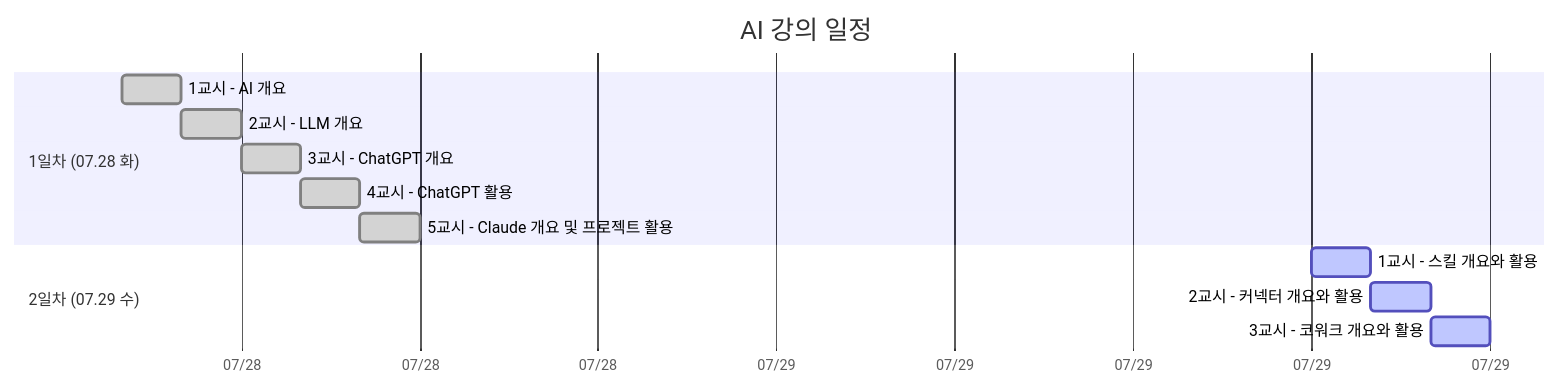
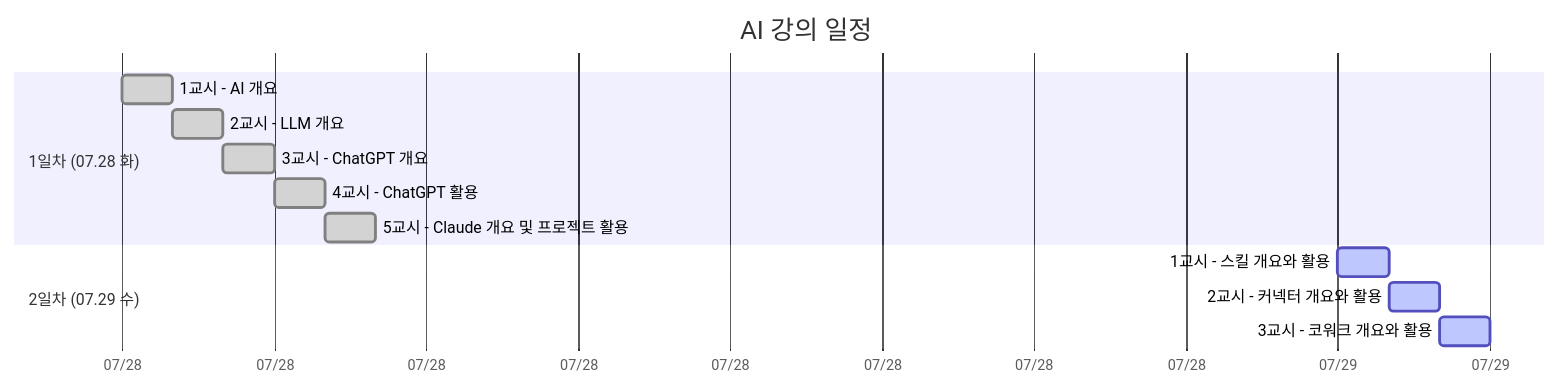
The first of 9 diagrams in README.md (soobook/2026-LLM), drawn with Mermaid before and after one commit.

````diff
--- a/README.md
+++ b/README.md
@@ -15,20 +15,19 @@
 ```mermaid
 gantt
     title AI 강의 일정
-    dateFormat YYYY-MM-DD-HH
+    dateFormat YYYY-MM-DD
     axisFormat %m/%d
-    tickInterval 12hour 
     excludes weekends
 
     section 1일차 (07.28 화)
-    1교시 - AI 개요                      :done, a1, 2026-07-28-13, 1h
+    1교시 - AI 개요                      :done, a1, 2026-07-28, 1h
     2교시 - LLM 개요                     :done, a2, after a1, 1h
     3교시 - ChatGPT 개요                 :done, a3, after a2, 1h
     4교시 - ChatGPT 활용                 :done, a4, after a3, 1h
     5교시 - Claude 개요 및 프로젝트 활용 :done, a5, after a4, 1h
 
     section 2일차 (07.29 수)
-    1교시 - 스킬 개요와 활용             :active, b1, 2026-07-29-09, 1h
+    1교시 - 스킬 개요와 활용             :active, b1, 2026-07-29, 1h
     2교시 - 커넥터 개요와 활용           :active, b2, after b1, 1h
     3교시 - 코워크 개요와 활용           :active, b3, after b2, 1h
 ```
````
